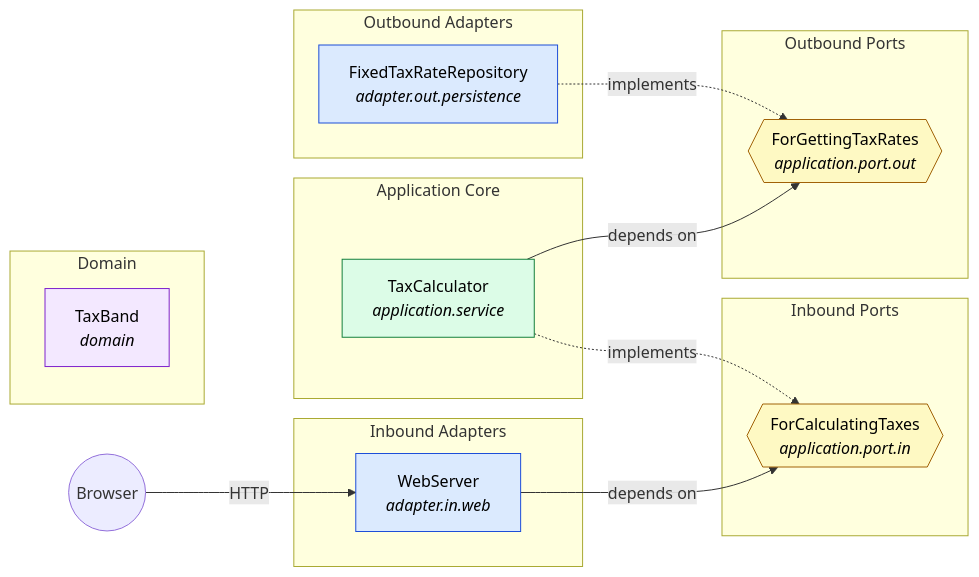
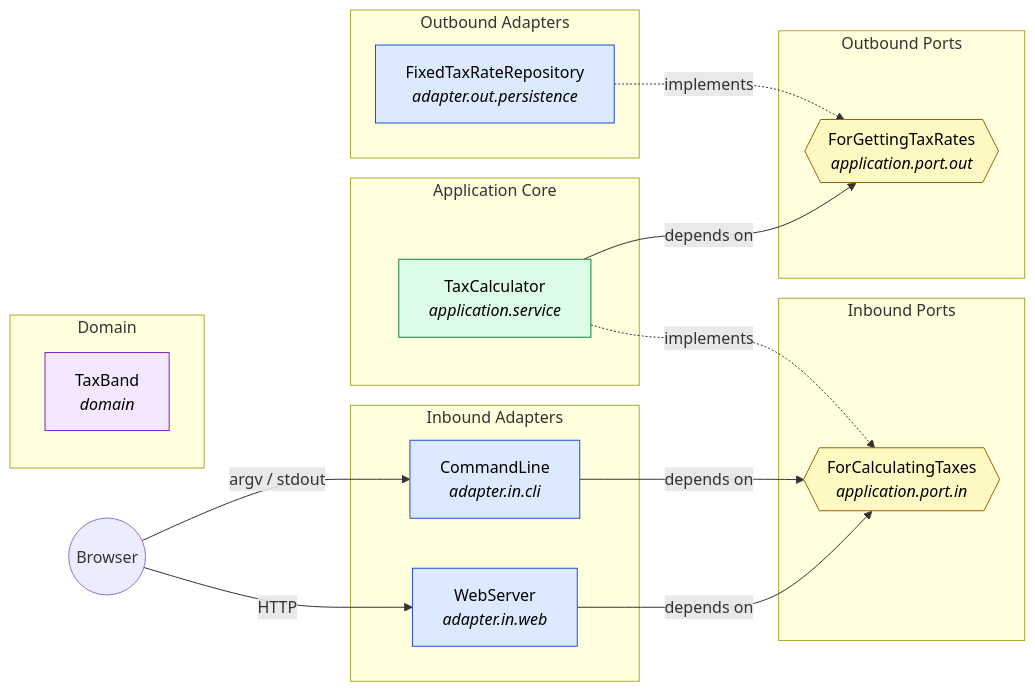
The third of 4 diagrams in docs/architecture.md (russmiles/income-tax-calculator-hex), drawn with Mermaid before and after one commit. The commit also changed other lines of this file and 4 other files, not shown here.

First line of the commit message:
feat(cli): add CLI driving adapter with hex-style acceptance tests

````diff
--- a/docs/architecture.md
+++ b/docs/architecture.md
@@ -92,44 +92,47 @@
 ```mermaid
 flowchart LR
     user((Browser))
 
     subgraph in_adapters["Inbound Adapters"]
         web["WebServer<br/><i>adapter.in.web</i>"]
+        cli["CommandLine<br/><i>adapter.in.cli</i>"]
     end
 
     subgraph in_ports["Inbound Ports"]
         fct{{"ForCalculatingTaxes<br/><i>application.port.in</i>"}}
     end
 
     subgraph core["Application Core"]
         calc["TaxCalculator<br/><i>application.service</i>"]
     end
 
     subgraph out_ports["Outbound Ports"]
         fgr{{"ForGettingTaxRates<br/><i>application.port.out</i>"}}
     end
 
     subgraph out_adapters["Outbound Adapters"]
         repo["FixedTaxRateRepository<br/><i>adapter.out.persistence</i>"]
     end
 
     subgraph domain["Domain"]
         band["TaxBand<br/><i>domain</i>"]
     end
 
     user -->|HTTP| web
+    user -->|argv / stdout| cli
     web -->|depends on| fct
+    cli -->|depends on| fct
     calc -.implements.-> fct
     calc -->|depends on| fgr
     repo -.implements.-> fgr
 
     classDef port fill:#fef9c3,stroke:#a16207,color:#000
     classDef adapter fill:#dbeafe,stroke:#1d4ed8,color:#000
     classDef service fill:#dcfce7,stroke:#15803d,color:#000
     classDef domainNode fill:#f3e8ff,stroke:#7e22ce,color:#000
 
     class fct,fgr port
-    class web,repo adapter
+    class web,cli,repo adapter
     class calc service
     class band domainNode
 ```
````
